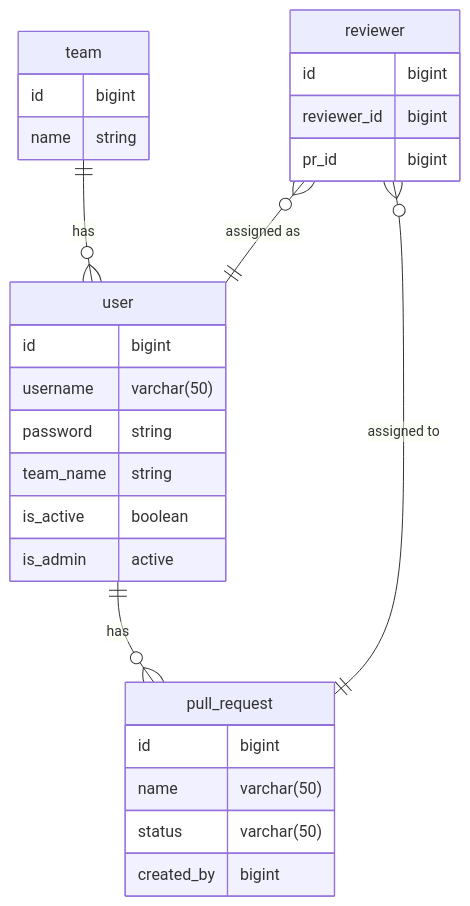
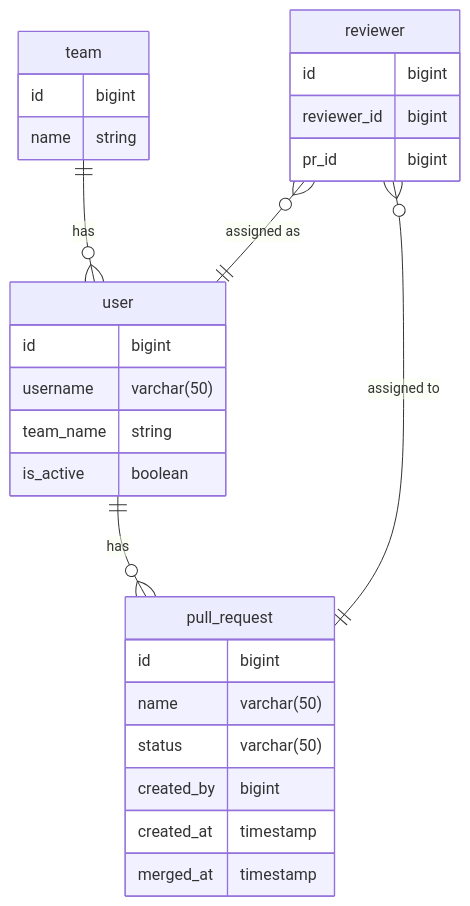
Before and after one commit to max0nT/pr-reviews-assignment-service: the diagram in docs/ERD.md, drawn with Mermaid.

````diff
--- a/docs/ERD.md
+++ b/docs/ERD.md
@@ -3,33 +3,33 @@
 ```mermaid
  erDiagram
 
    team ||--o{ user: has
    user ||--o{ pull_request: has
    reviewer o{--|| user: "assigned as"
    reviewer o{--|| pull_request: "assigned to"
 
  user {
     id bigint
     username varchar(50)
-    password string
     team_name string
     is_active boolean
-    is_admin active
  }
  team {
     id bigint
     name string
  }
  pull_request {
     id bigint
     name varchar(50)
     status varchar(50)
     created_by bigint
+    created_at timestamp
+    merged_at timestamp
  }
  reviewer {
    id bigint
    reviewer_id bigint
    pr_id bigint
  }
 
 ```
````
